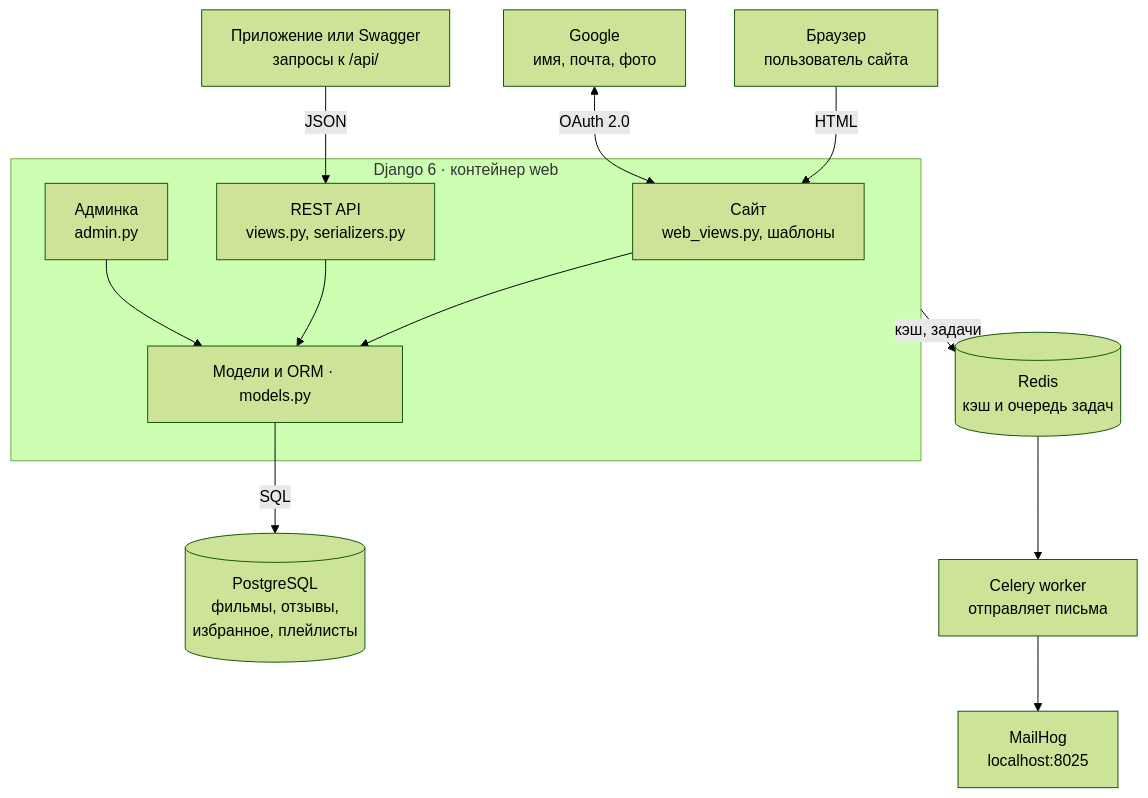
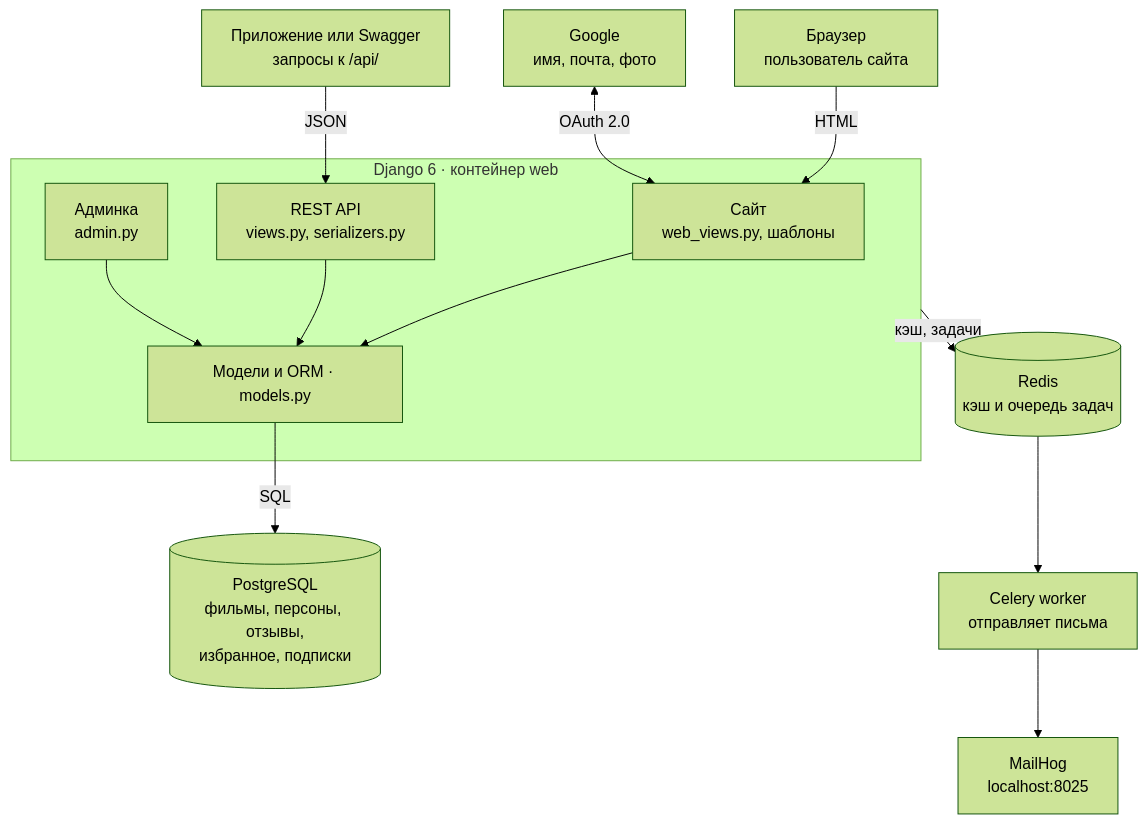
Before and after one commit to KURMANCHIK/cinema_project: the diagram in PROJECT_GUIDE.md, drawn with Mermaid (forest theme). The commit also changed other lines of this file and 2 other files, not shown here.

````diff
--- a/PROJECT_GUIDE.md
+++ b/PROJECT_GUIDE.md
@@ -9,29 +9,29 @@
 ```mermaid
 flowchart TB
     browser["Браузер<br/>пользователь сайта"]
     app["Приложение или Swagger<br/>запросы к /api/"]
     google["Google<br/>имя, почта, фото"]
 
     subgraph web["Django 6 · контейнер web"]
         site["Сайт<br/>web_views.py, шаблоны"]
         api["REST API<br/>views.py, serializers.py"]
         admin["Админка<br/>admin.py"]
         orm["Модели и ORM · models.py"]
         site --> orm
         api --> orm
         admin --> orm
     end
 
-    pg[("PostgreSQL<br/>фильмы, отзывы,<br/>избранное, плейлисты")]
+    pg[("PostgreSQL<br/>фильмы, персоны, отзывы,<br/>избранное, подписки")]
     redis[("Redis<br/>кэш и очередь задач")]
     celery["Celery worker<br/>отправляет письма"]
     mailhog["MailHog<br/>localhost:8025"]
 
     browser -- HTML --> site
     app -- JSON --> api
     google <-- OAuth 2.0 --> site
     orm -- SQL --> pg
     web -- "кэш, задачи" --> redis
     redis --> celery
     celery --> mailhog
 ```
````
